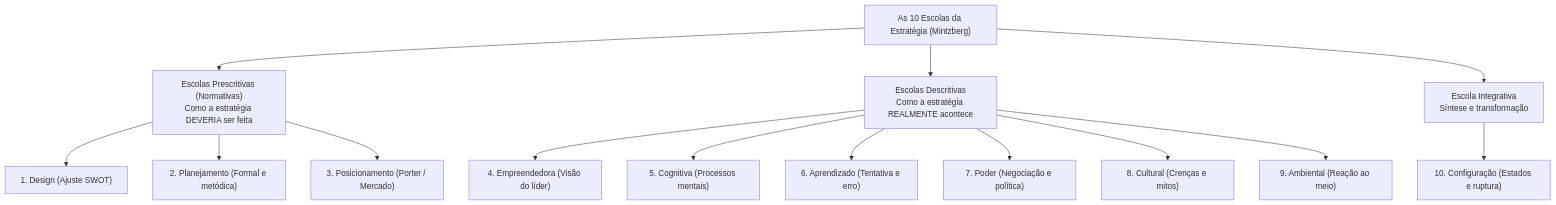
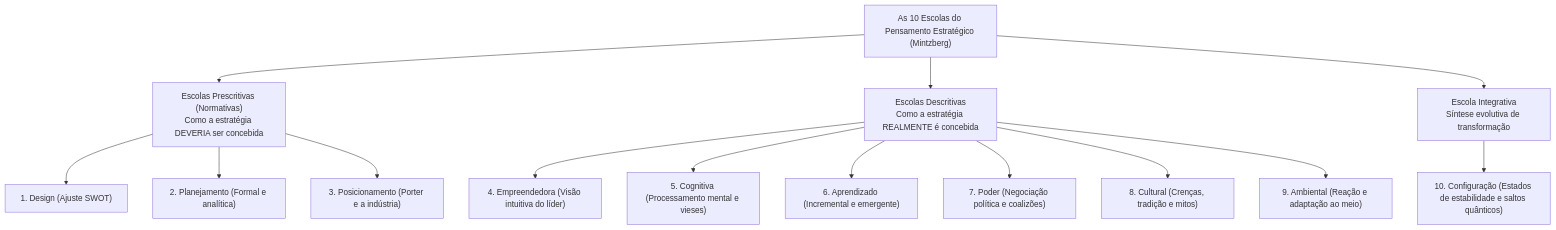
Before and after one commit to thiagosantos346/TCE-GO-2027: the fourth of 4 diagrams in fontes_de_estudo/conhecimentos_especificos_a01_tecnico_administrativo/23_administracao_estrategica/01_planejamento_estrategico_missao_visao_valores_e_escolas.md, drawn with Mermaid. The commit also changed other lines of this file and 119 other files, not shown here.

````diff
--- a/fontes_de_estudo/conhecimentos_especificos_a01_tecnico_administrativo/23_administracao_estrategica/01_planejamento_estrategico_missao_visao_valores_e_escolas.md
+++ b/fontes_de_estudo/conhecimentos_especificos_a01_tecnico_administrativo/23_administracao_estrategica/01_planejamento_estrategico_missao_visao_valores_e_escolas.md
@@ -131,21 +128,21 @@
 ```mermaid
 flowchart TD
-    Escolas["As 10 Escolas da Estratégia (Mintzberg)"]
+    Escolas["As 10 Escolas do Pensamento Estratégico (Mintzberg)"]
     
-    Escolas --> Presc["Escolas Prescritivas (Normativas)<br/>Como a estratégia DEVERIA ser feita"]
-    Escolas --> Descr["Escolas Descritivas<br/>Como a estratégia REALMENTE acontece"]
-    Escolas --> Integr["Escola Integrativa<br/>Síntese e transformação"]
+    Escolas --> Presc["Escolas Prescritivas (Normativas)<br/>Como a estratégia DEVERIA ser concebida"]
+    Escolas --> Descr["Escolas Descritivas<br/>Como a estratégia REALMENTE é concebida"]
+    Escolas --> Integr["Escola Integrativa<br/>Síntese evolutiva de transformação"]
     
     Presc --> E1["1. Design (Ajuste SWOT)"]
-    Presc --> E2["2. Planejamento (Formal e metódica)"]
-    Presc --> E3["3. Posicionamento (Porter / Mercado)"]
+    Presc --> E2["2. Planejamento (Formal e analítica)"]
+    Presc --> E3["3. Posicionamento (Porter e a indústria)"]
     
-    Descr --> E4["4. Empreendedora (Visão do líder)"]
-    Descr --> E5["5. Cognitiva (Processos mentais)"]
-    Descr --> E6["6. Aprendizado (Tentativa e erro)"]
-    Descr --> E7["7. Poder (Negociação e política)"]
-    Descr --> E8["8. Cultural (Crenças e mitos)"]
-    Descr --> E9["9. Ambiental (Reação ao meio)"]
+    Descr --> E4["4. Empreendedora (Visão intuitiva do líder)"]
+    Descr --> E5["5. Cognitiva (Processamento mental e vieses)"]
+    Descr --> E6["6. Aprendizado (Incremental e emergente)"]
+    Descr --> E7["7. Poder (Negociação política e coalizões)"]
+    Descr --> E8["8. Cultural (Crenças, tradição e mitos)"]
+    Descr --> E9["9. Ambiental (Reação e adaptação ao meio)"]
     
-    Integr --> E10["10. Configuração (Estados e ruptura)"]
+    Integr --> E10["10. Configuração (Estados de estabilidade e saltos quânticos)"]
 ```
````
